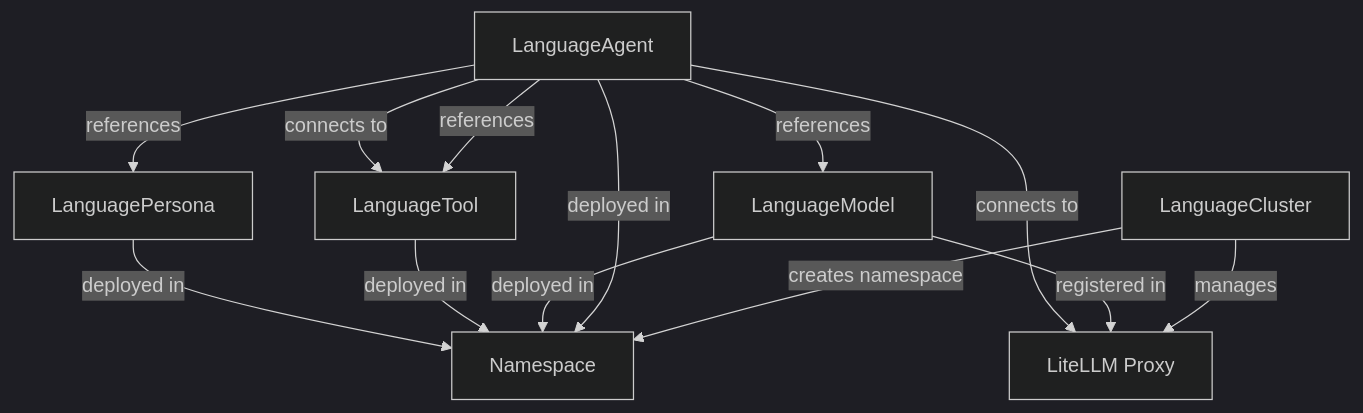
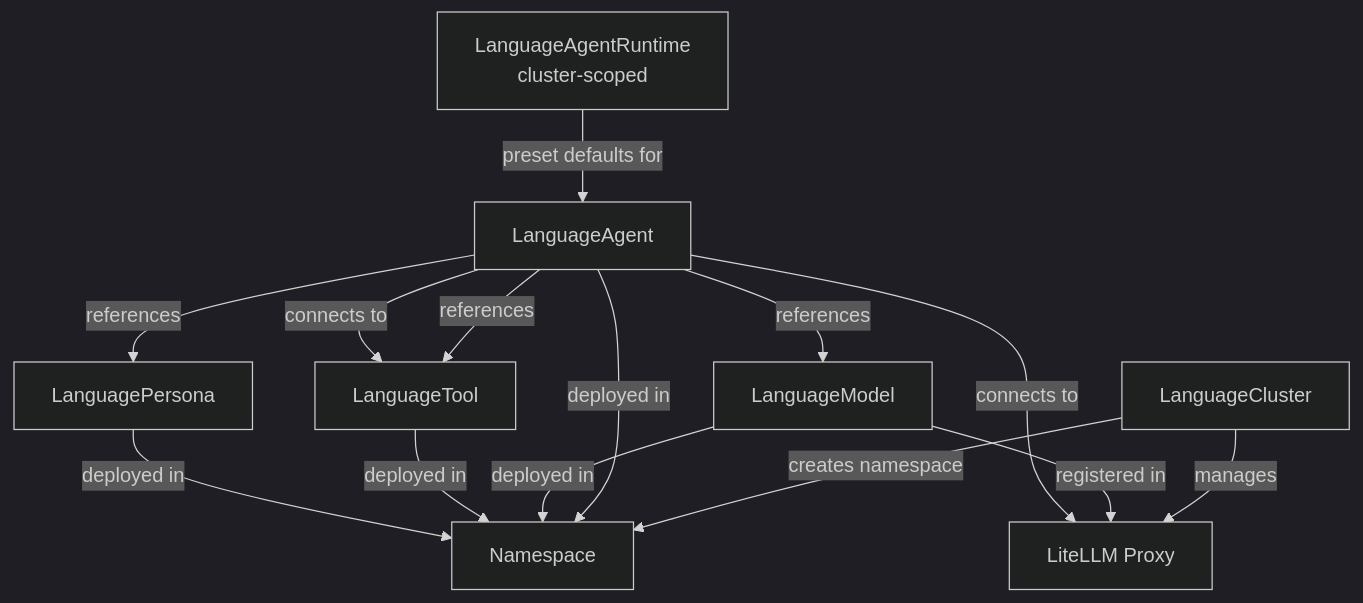
The diagram in docs/api/overview.md (language-operator/language-operator), drawn with Mermaid (dark theme) before and after one commit. The commit also changed other lines of this file and 4 other files, not shown here.

First line of the commit message:
docs: refresh docs for runtime-first UX and LanguageAgentRuntime changes

````diff
--- a/docs/api/overview.md
+++ b/docs/api/overview.md
@@ -130,19 +152,21 @@
 ```mermaid
 graph TD
+    Runtime[LanguageAgentRuntime\ncluster-scoped] -->|preset defaults for| Agent
+
     Cluster[LanguageCluster] -->|creates namespace| NS[Namespace]
     Cluster -->|manages| Proxy[LiteLLM Proxy]
 
     Agent[LanguageAgent] -->|deployed in| NS
     Model[LanguageModel] -->|deployed in| NS
     Tool[LanguageTool] -->|deployed in| NS
     Persona[LanguagePersona] -->|deployed in| NS
 
     Agent -->|references| Model
     Agent -->|references| Tool
     Agent -->|references| Persona
 
     Model -->|registered in| Proxy
 
     Agent -->|connects to| Proxy
     Agent -->|connects to| Tool
 ```
````
